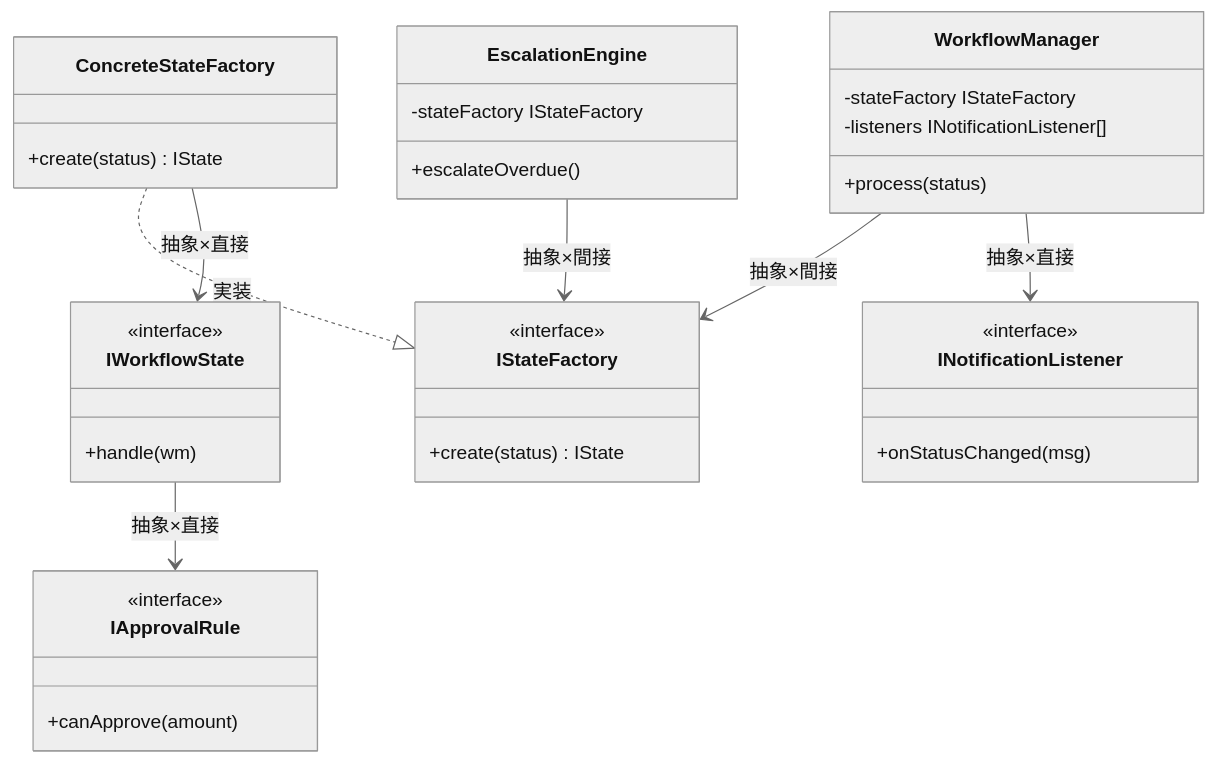
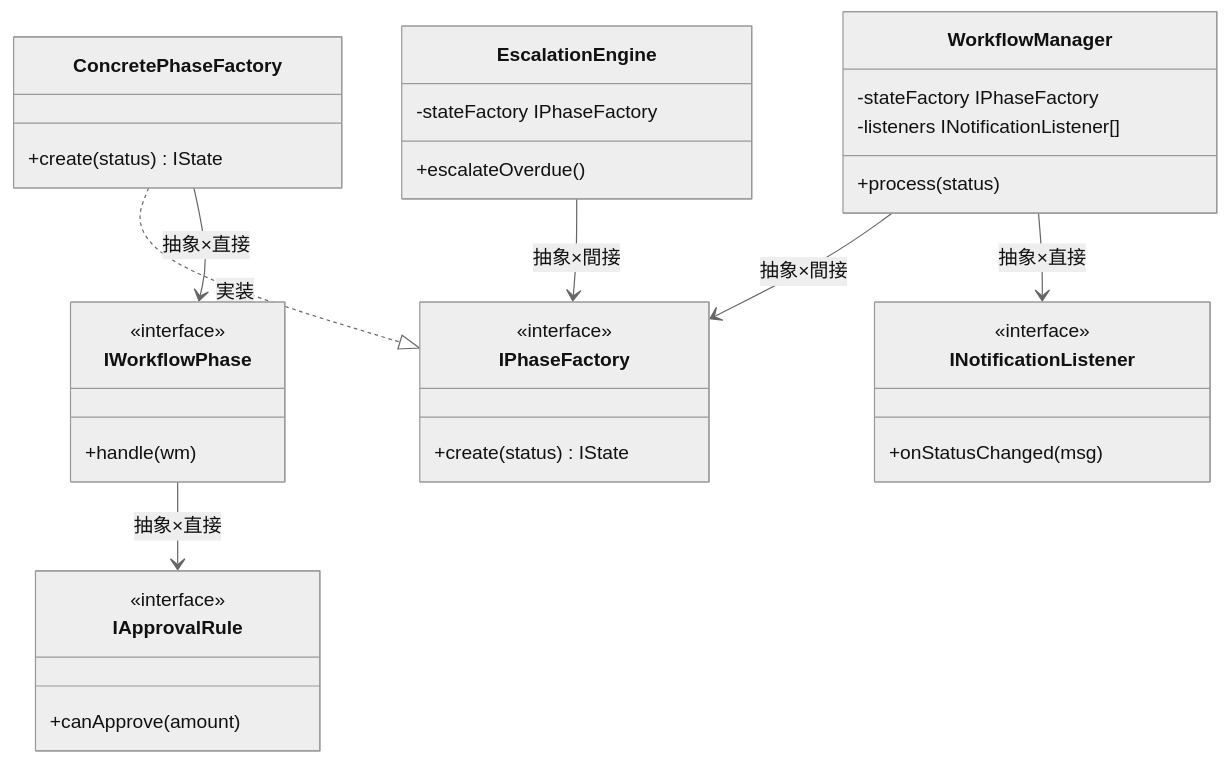
Before and after one commit to kumachan1101-pixel/DesignPattern: the sixth of 10 diagrams in kindle/design-patterns/output/chapter12.md, drawn with Mermaid (neutral theme). The commit also changed other lines of this file, not shown here.

````diff
--- a/kindle/design-patterns/output/chapter12.md
+++ b/kindle/design-patterns/output/chapter12.md
@@ -842,37 +842,37 @@
 ```mermaid
 classDiagram
-    class IStateFactory {
+    class IPhaseFactory {
         <<interface>>
         +create(status) IState
     }
-    class IWorkflowState {
+    class IWorkflowPhase {
         <<interface>>
         +handle(wm)
     }
     class IApprovalRule {
         <<interface>>
         +canApprove(amount)
     }
     class INotificationListener {
         <<interface>>
         +onStatusChanged(msg)
     }
     class WorkflowManager {
-        -stateFactory IStateFactory
+        -stateFactory IPhaseFactory
         -listeners INotificationListener[]
         +process(status)
     }
     class EscalationEngine {
-        -stateFactory IStateFactory
+        -stateFactory IPhaseFactory
         +escalateOverdue()
     }
-    class ConcreteStateFactory {
+    class ConcretePhaseFactory {
         +create(status) IState
     }
-    ConcreteStateFactory ..|> IStateFactory : 実装
-    WorkflowManager --> IStateFactory : 抽象×間接
+    ConcretePhaseFactory ..|> IPhaseFactory : 実装
+    WorkflowManager --> IPhaseFactory : 抽象×間接
     WorkflowManager --> INotificationListener : 抽象×直接
-    EscalationEngine --> IStateFactory : 抽象×間接
-    ConcreteStateFactory --> IWorkflowState : 抽象×直接
-    IWorkflowState --> IApprovalRule : 抽象×直接
+    EscalationEngine --> IPhaseFactory : 抽象×間接
+    ConcretePhaseFactory --> IWorkflowPhase : 抽象×直接
+    IWorkflowPhase --> IApprovalRule : 抽象×直接
 ```
````
